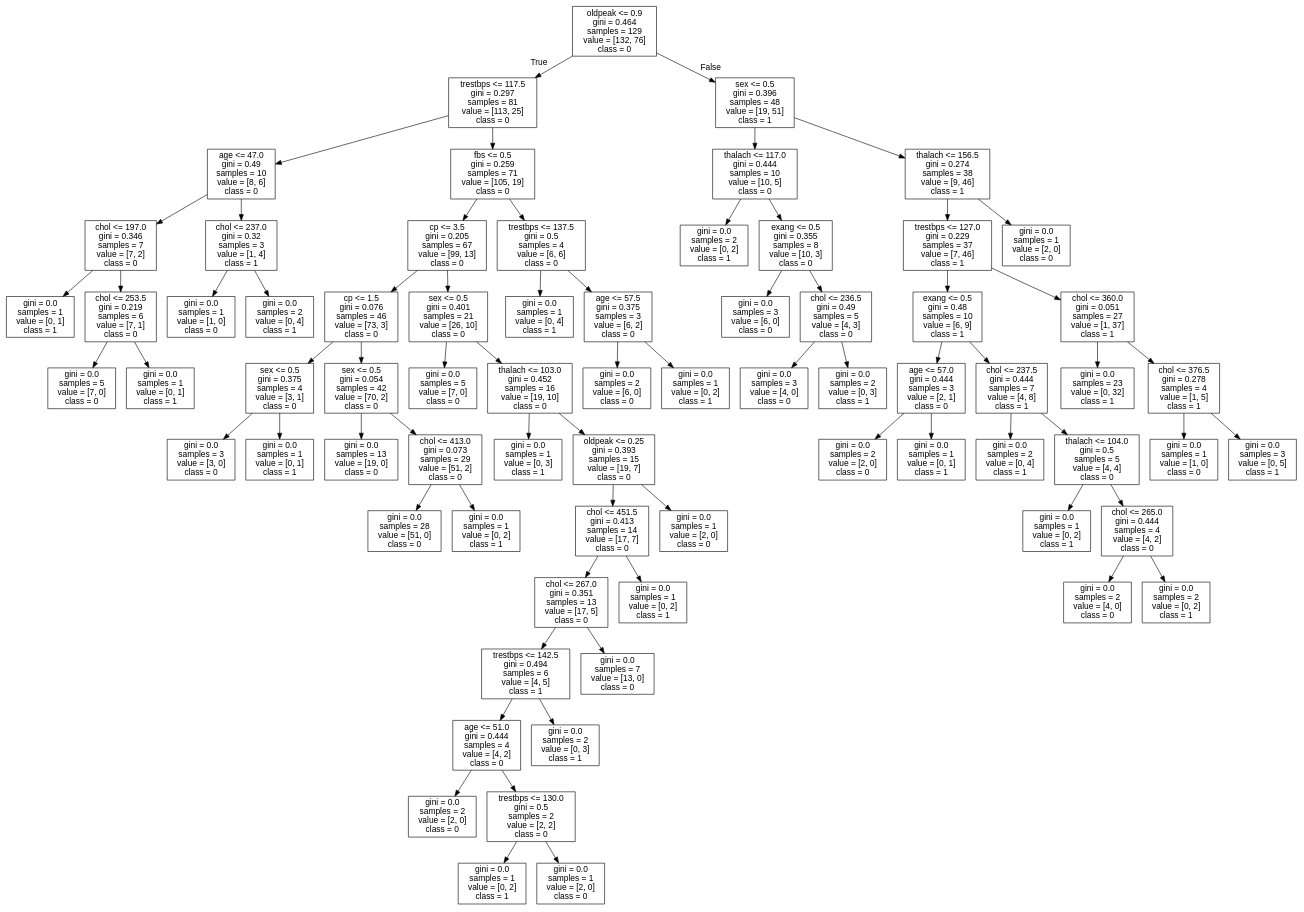
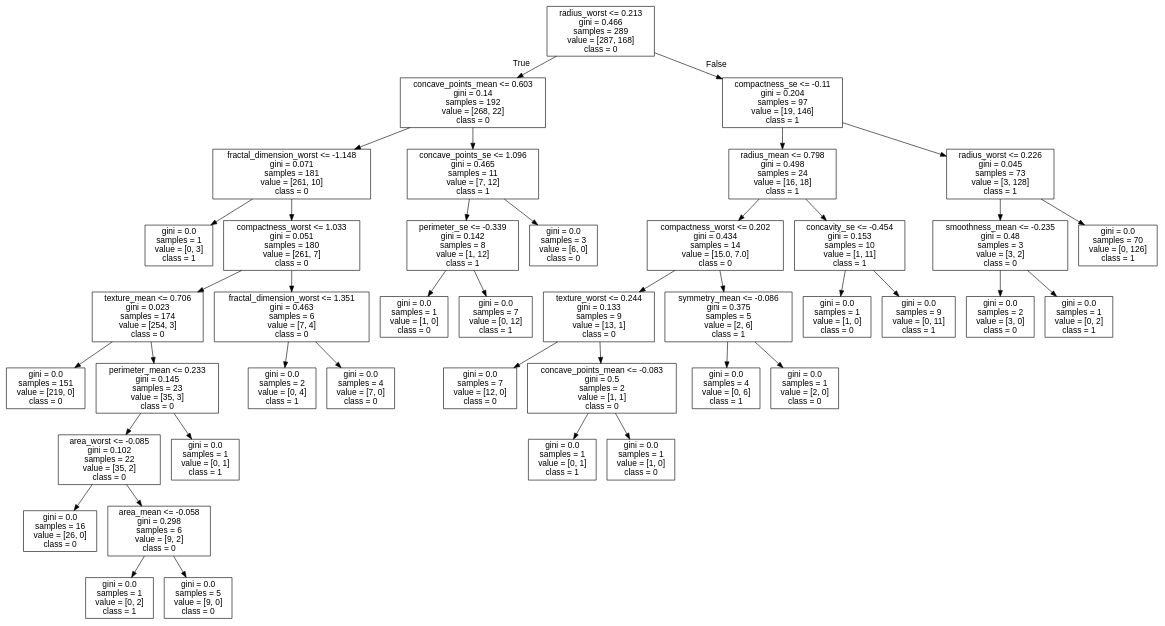
One commit to cyrilvincent/ML changed the diagram in data/breast-cancer/tree.dot. Above: the diagram before and after it, drawn with Graphviz. The commit also changed 6 other files, not shown here.

```diff
--- a/data/breast-cancer/tree.dot
+++ b/data/breast-cancer/tree.dot
@@ -1,145 +1,85 @@
 digraph Tree {
 node [shape=box, fontname="helvetica"] ;
 edge [fontname="helvetica"] ;
-0 [label="oldpeak <= 0.9\ngini = 0.464\nsamples = 129\nvalue = [132, 76]\nclass = 0"] ;
-1 [label="trestbps <= 117.5\ngini = 0.297\nsamples = 81\nvalue = [113, 25]\nclass = 0"] ;
+0 [label="radius_worst <= 0.213\ngini = 0.466\nsamples = 289\nvalue = [287, 168]\nclass = 0"] ;
+1 [label="concave_points_mean <= 0.603\ngini = 0.14\nsamples = 192\nvalue = [268, 22]\nclass = 0"] ;
 0 -> 1 [labeldistance=2.5, labelangle=45, headlabel="True"] ;
-2 [label="age <= 47.0\ngini = 0.49\nsamples = 10\nvalue = [8, 6]\nclass = 0"] ;
+2 [label="fractal_dimension_worst <= -1.148\ngini = 0.071\nsamples = 181\nvalue = [261, 10]\nclass = 0"] ;
 1 -> 2 ;
-3 [label="chol <= 197.0\ngini = 0.346\nsamples = 7\nvalue = [7, 2]\nclass = 0"] ;
+3 [label="gini = 0.0\nsamples = 1\nvalue = [0, 3]\nclass = 1"] ;
 2 -> 3 ;
-4 [label="gini = 0.0\nsamples = 1\nvalue = [0, 1]\nclass = 1"] ;
-3 -> 4 ;
-5 [label="chol <= 253.5\ngini = 0.219\nsamples = 6\nvalue = [7, 1]\nclass = 0"] ;
-3 -> 5 ;
-6 [label="gini = 0.0\nsamples = 5\nvalue = [7, 0]\nclass = 0"] ;
+4 [label="compactness_worst <= 1.033\ngini = 0.051\nsamples = 180\nvalue = [261, 7]\nclass = 0"] ;
+2 -> 4 ;
+5 [label="texture_mean <= 0.706\ngini = 0.023\nsamples = 174\nvalue = [254, 3]\nclass = 0"] ;
+4 -> 5 ;
+6 [label="gini = 0.0\nsamples = 151\nvalue = [219, 0]\nclass = 0"] ;
 5 -> 6 ;
-7 [label="gini = 0.0\nsamples = 1\nvalue = [0, 1]\nclass = 1"] ;
+7 [label="perimeter_mean <= 0.233\ngini = 0.145\nsamples = 23\nvalue = [35, 3]\nclass = 0"] ;
 5 -> 7 ;
-8 [label="chol <= 237.0\ngini = 0.32\nsamples = 3\nvalue = [1, 4]\nclass = 1"] ;
-2 -> 8 ;
-9 [label="gini = 0.0\nsamples = 1\nvalue = [1, 0]\nclass = 0"] ;
+8 [label="area_worst <= -0.085\ngini = 0.102\nsamples = 22\nvalue = [35, 2]\nclass = 0"] ;
+7 -> 8 ;
+9 [label="gini = 0.0\nsamples = 16\nvalue = [26, 0]\nclass = 0"] ;
 8 -> 9 ;
-10 [label="gini = 0.0\nsamples = 2\nvalue = [0, 4]\nclass = 1"] ;
+10 [label="area_mean <= -0.058\ngini = 0.298\nsamples = 6\nvalue = [9, 2]\nclass = 0"] ;
 8 -> 10 ;
-11 [label="fbs <= 0.5\ngini = 0.259\nsamples = 71\nvalue = [105, 19]\nclass = 0"] ;
-1 -> 11 ;
-12 [label="cp <= 3.5\ngini = 0.205\nsamples = 67\nvalue = [99, 13]\nclass = 0"] ;
-11 -> 12 ;
-13 [label="cp <= 1.5\ngini = 0.076\nsamples = 46\nvalue = [73, 3]\nclass = 0"] ;
-12 -> 13 ;
-14 [label="sex <= 0.5\ngini = 0.375\nsamples = 4\nvalue = [3, 1]\nclass = 0"] ;
-13 -> 14 ;
-15 [label="gini = 0.0\nsamples = 3\nvalue = [3, 0]\nclass = 0"] ;
+11 [label="gini = 0.0\nsamples = 1\nvalue = [0, 2]\nclass = 1"] ;
+10 -> 11 ;
+12 [label="gini = 0.0\nsamples = 5\nvalue = [9, 0]\nclass = 0"] ;
+10 -> 12 ;
+13 [label="gini = 0.0\nsamples = 1\nvalue = [0, 1]\nclass = 1"] ;
+7 -> 13 ;
+14 [label="fractal_dimension_worst <= 1.351\ngini = 0.463\nsamples = 6\nvalue = [7, 4]\nclass = 0"] ;
+4 -> 14 ;
+15 [label="gini = 0.0\nsamples = 2\nvalue = [0, 4]\nclass = 1"] ;
 14 -> 15 ;
-16 [label="gini = 0.0\nsamples = 1\nvalue = [0, 1]\nclass = 1"] ;
+16 [label="gini = 0.0\nsamples = 4\nvalue = [7, 0]\nclass = 0"] ;
 14 -> 16 ;
-17 [label="sex <= 0.5\ngini = 0.054\nsamples = 42\nvalue = [70, 2]\nclass = 0"] ;
-13 -> 17 ;
-18 [label="gini = 0.0\nsamples = 13\nvalue = [19, 0]\nclass = 0"] ;
+17 [label="concave_points_se <= 1.096\ngini = 0.465\nsamples = 11\nvalue = [7, 12]\nclass = 1"] ;
+1 -> 17 ;
+18 [label="perimeter_se <= -0.339\ngini = 0.142\nsamples = 8\nvalue = [1, 12]\nclass = 1"] ;
 17 -> 18 ;
-19 [label="chol <= 413.0\ngini = 0.073\nsamples = 29\nvalue = [51, 2]\nclass = 0"] ;
-17 -> 19 ;
-20 [label="gini = 0.0\nsamples = 28\nvalue = [51, 0]\nclass = 0"] ;
-19 -> 20 ;
-21 [label="gini = 0.0\nsamples = 1\nvalue = [0, 2]\nclass = 1"] ;
-19 -> 21 ;
-22 [label="sex <= 0.5\ngini = 0.401\nsamples = 21\nvalue = [26, 10]\nclass = 0"] ;
-12 -> 22 ;
-23 [label="gini = 0.0\nsamples = 5\nvalue = [7, 0]\nclass = 0"] ;
+19 [label="gini = 0.0\nsamples = 1\nvalue = [1, 0]\nclass = 0"] ;
+18 -> 19 ;
+20 [label="gini = 0.0\nsamples = 7\nvalue = [0, 12]\nclass = 1"] ;
+18 -> 20 ;
+21 [label="gini = 0.0\nsamples = 3\nvalue = [6, 0]\nclass = 0"] ;
+17 -> 21 ;
+22 [label="compactness_se <= -0.11\ngini = 0.204\nsamples = 97\nvalue = [19, 146]\nclass = 1"] ;
+0 -> 22 [labeldistance=2.5, labelangle=-45, headlabel="False"] ;
+23 [label="radius_mean <= 0.798\ngini = 0.498\nsamples = 24\nvalue = [16, 18]\nclass = 1"] ;
 22 -> 23 ;
-24 [label="thalach <= 103.0\ngini = 0.452\nsamples = 16\nvalue = [19, 10]\nclass = 0"] ;
-22 -> 24 ;
-25 [label="gini = 0.0\nsamples = 1\nvalue = [0, 3]\nclass = 1"] ;
+24 [label="compactness_worst <= 0.202\ngini = 0.434\nsamples = 14\nvalue = [15.0, 7.0]\nclass = 0"] ;
+23 -> 24 ;
+25 [label="texture_worst <= 0.244\ngini = 0.133\nsamples = 9\nvalue = [13, 1]\nclass = 0"] ;
 24 -> 25 ;
-26 [label="oldpeak <= 0.25\ngini = 0.393\nsamples = 15\nvalue = [19, 7]\nclass = 0"] ;
-24 -> 26 ;
-27 [label="chol <= 451.5\ngini = 0.413\nsamples = 14\nvalue = [17, 7]\nclass = 0"] ;
-26 -> 27 ;
-28 [label="chol <= 267.0\ngini = 0.351\nsamples = 13\nvalue = [17, 5]\nclass = 0"] ;
+26 [label="gini = 0.0\nsamples = 7\nvalue = [12, 0]\nclass = 0"] ;
+25 -> 26 ;
+27 [label="concave_points_mean <= -0.083\ngini = 0.5\nsamples = 2\nvalue = [1, 1]\nclass = 0"] ;
+25 -> 27 ;
+28 [label="gini = 0.0\nsamples = 1\nvalue = [0, 1]\nclass = 1"] ;
 27 -> 28 ;
-29 [label="trestbps <= 142.5\ngini = 0.494\nsamples = 6\nvalue = [4, 5]\nclass = 1"] ;
-28 -> 29 ;
-30 [label="age <= 51.0\ngini = 0.444\nsamples = 4\nvalue = [4, 2]\nclass = 0"] ;
-29 -> 30 ;
-31 [label="gini = 0.0\nsamples = 2\nvalue = [2, 0]\nclass = 0"] ;
+29 [label="gini = 0.0\nsamples = 1\nvalue = [1, 0]\nclass = 0"] ;
+27 -> 29 ;
+30 [label="symmetry_mean <= -0.086\ngini = 0.375\nsamples = 5\nvalue = [2, 6]\nclass = 1"] ;
+24 -> 30 ;
+31 [label="gini = 0.0\nsamples = 4\nvalue = [0, 6]\nclass = 1"] ;
 30 -> 31 ;
-32 [label="trestbps <= 130.0\ngini = 0.5\nsamples = 2\nvalue = [2, 2]\nclass = 0"] ;
+32 [label="gini = 0.0\nsamples = 1\nvalue = [2, 0]\nclass = 0"] ;
 30 -> 32 ;
-33 [label="gini = 0.0\nsamples = 1\nvalue = [0, 2]\nclass = 1"] ;
-32 -> 33 ;
-34 [label="gini = 0.0\nsamples = 1\nvalue = [2, 0]\nclass = 0"] ;
-32 -> 34 ;
-35 [label="gini = 0.0\nsamples = 2\nvalue = [0, 3]\nclass = 1"] ;
-29 -> 35 ;
-36 [label="gini = 0.0\nsamples = 7\nvalue = [13, 0]\nclass = 0"] ;
-28 -> 36 ;
-37 [label="gini = 0.0\nsamples = 1\nvalue = [0, 2]\nclass = 1"] ;
-27 -> 37 ;
-38 [label="gini = 0.0\nsamples = 1\nvalue = [2, 0]\nclass = 0"] ;
-26 -> 38 ;
-39 [label="trestbps <= 137.5\ngini = 0.5\nsamples = 4\nvalue = [6, 6]\nclass = 0"] ;
-11 -> 39 ;
-40 [label="gini = 0.0\nsamples = 1\nvalue = [0, 4]\nclass = 1"] ;
-39 -> 40 ;
-41 [label="age <= 57.5\ngini = 0.375\nsamples = 3\nvalue = [6, 2]\nclass = 0"] ;
-39 -> 41 ;
-42 [label="gini = 0.0\nsamples = 2\nvalue = [6, 0]\nclass = 0"] ;
-41 -> 42 ;
-43 [label="gini = 0.0\nsamples = 1\nvalue = [0, 2]\nclass = 1"] ;
-41 -> 43 ;
-44 [label="sex <= 0.5\ngini = 0.396\nsamples = 48\nvalue = [19, 51]\nclass = 1"] ;
-0 -> 44 [labeldistance=2.5, labelangle=-45, headlabel="False"] ;
-45 [label="thalach <= 117.0\ngini = 0.444\nsamples = 10\nvalue = [10, 5]\nclass = 0"] ;
-44 -> 45 ;
-46 [label="gini = 0.0\nsamples = 2\nvalue = [0, 2]\nclass = 1"] ;
-45 -> 46 ;
-47 [label="exang <= 0.5\ngini = 0.355\nsamples = 8\nvalue = [10, 3]\nclass = 0"] ;
-45 -> 47 ;
-48 [label="gini = 0.0\nsamples = 3\nvalue = [6, 0]\nclass = 0"] ;
-47 -> 48 ;
-49 [label="chol <= 236.5\ngini = 0.49\nsamples = 5\nvalue = [4, 3]\nclass = 0"] ;
-47 -> 49 ;
-50 [label="gini = 0.0\nsamples = 3\nvalue = [4, 0]\nclass = 0"] ;
-49 -> 50 ;
-51 [label="gini = 0.0\nsamples = 2\nvalue = [0, 3]\nclass = 1"] ;
-49 -> 51 ;
-52 [label="thalach <= 156.5\ngini = 0.274\nsamples = 38\nvalue = [9, 46]\nclass = 1"] ;
-44 -> 52 ;
-53 [label="trestbps <= 127.0\ngini = 0.229\nsamples = 37\nvalue = [7, 46]\nclass = 1"] ;
-52 -> 53 ;
-54 [label="exang <= 0.5\ngini = 0.48\nsamples = 10\nvalue = [6, 9]\nclass = 1"] ;
-53 -> 54 ;
-55 [label="age <= 57.0\ngini = 0.444\nsamples = 3\nvalue = [2, 1]\nclass = 0"] ;
-54 -> 55 ;
-56 [label="gini = 0.0\nsamples = 2\nvalue = [2, 0]\nclass = 0"] ;
-55 -> 56 ;
-57 [label="gini = 0.0\nsamples = 1\nvalue = [0, 1]\nclass = 1"] ;
-55 -> 57 ;
-58 [label="chol <= 237.5\ngini = 0.444\nsamples = 7\nvalue = [4, 8]\nclass = 1"] ;
-54 -> 58 ;
-59 [label="gini = 0.0\nsamples = 2\nvalue = [0, 4]\nclass = 1"] ;
-58 -> 59 ;
-60 [label="thalach <= 104.0\ngini = 0.5\nsamples = 5\nvalue = [4, 4]\nclass = 0"] ;
-58 -> 60 ;
-61 [label="gini = 0.0\nsamples = 1\nvalue = [0, 2]\nclass = 1"] ;
-60 -> 61 ;
-62 [label="chol <= 265.0\ngini = 0.444\nsamples = 4\nvalue = [4, 2]\nclass = 0"] ;
-60 -> 62 ;
-63 [label="gini = 0.0\nsamples = 2\nvalue = [4, 0]\nclass = 0"] ;
-62 -> 63 ;
-64 [label="gini = 0.0\nsamples = 2\nvalue = [0, 2]\nclass = 1"] ;
-62 -> 64 ;
-65 [label="chol <= 360.0\ngini = 0.051\nsamples = 27\nvalue = [1, 37]\nclass = 1"] ;
-53 -> 65 ;
-66 [label="gini = 0.0\nsamples = 23\nvalue = [0, 32]\nclass = 1"] ;
-65 -> 66 ;
-67 [label="chol <= 376.5\ngini = 0.278\nsamples = 4\nvalue = [1, 5]\nclass = 1"] ;
-65 -> 67 ;
-68 [label="gini = 0.0\nsamples = 1\nvalue = [1, 0]\nclass = 0"] ;
-67 -> 68 ;
-69 [label="gini = 0.0\nsamples = 3\nvalue = [0, 5]\nclass = 1"] ;
-67 -> 69 ;
-70 [label="gini = 0.0\nsamples = 1\nvalue = [2, 0]\nclass = 0"] ;
-52 -> 70 ;
+33 [label="concavity_se <= -0.454\ngini = 0.153\nsamples = 10\nvalue = [1, 11]\nclass = 1"] ;
+23 -> 33 ;
+34 [label="gini = 0.0\nsamples = 1\nvalue = [1, 0]\nclass = 0"] ;
+33 -> 34 ;
+35 [label="gini = 0.0\nsamples = 9\nvalue = [0, 11]\nclass = 1"] ;
+33 -> 35 ;
+36 [label="radius_worst <= 0.226\ngini = 0.045\nsamples = 73\nvalue = [3, 128]\nclass = 1"] ;
+22 -> 36 ;
+37 [label="smoothness_mean <= -0.235\ngini = 0.48\nsamples = 3\nvalue = [3, 2]\nclass = 0"] ;
+36 -> 37 ;
+38 [label="gini = 0.0\nsamples = 2\nvalue = [3, 0]\nclass = 0"] ;
+37 -> 38 ;
+39 [label="gini = 0.0\nsamples = 1\nvalue = [0, 2]\nclass = 1"] ;
+37 -> 39 ;
+40 [label="gini = 0.0\nsamples = 70\nvalue = [0, 126]\nclass = 1"] ;
+36 -> 40 ;
 }
```
